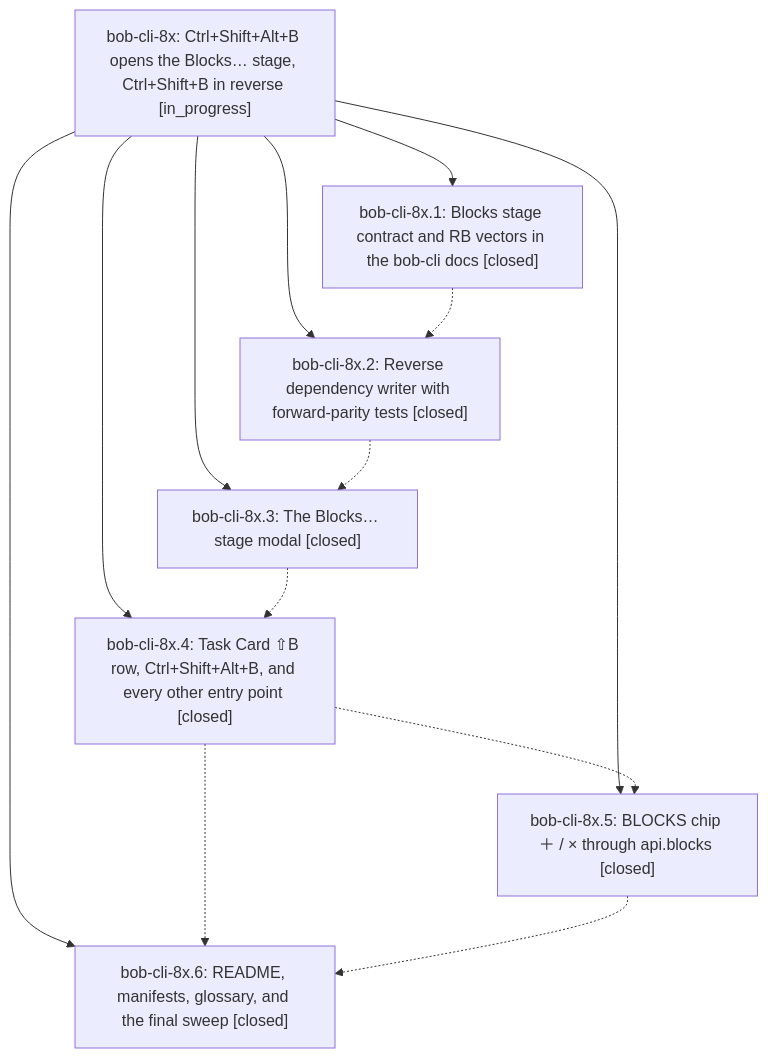
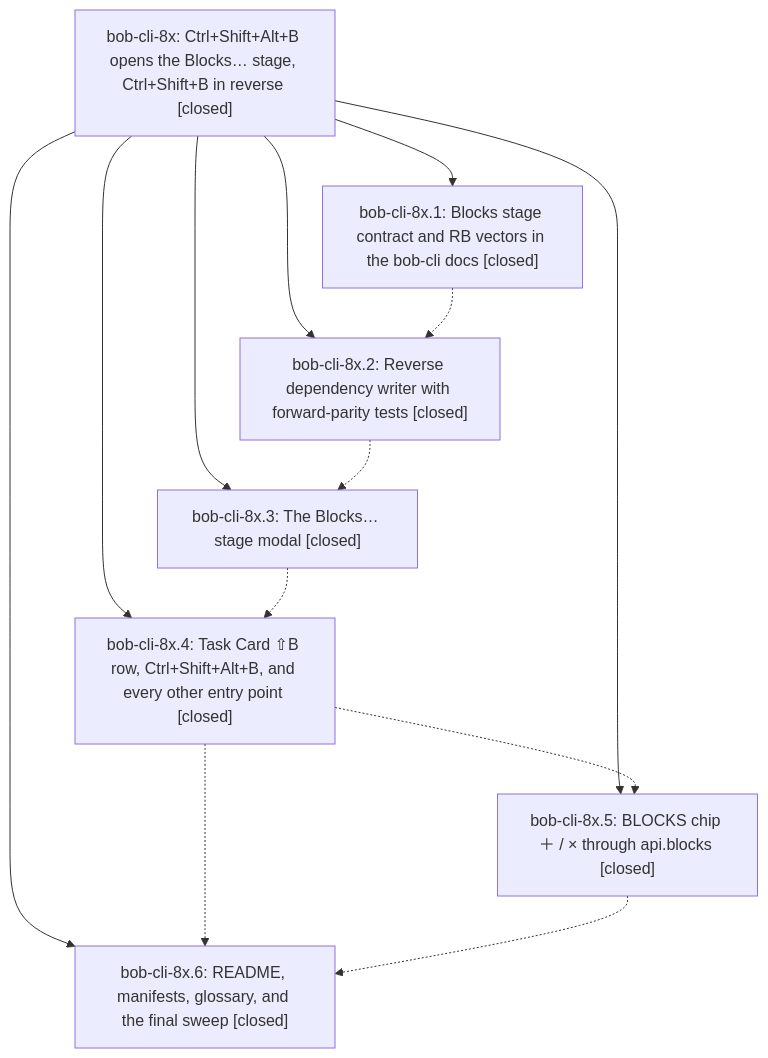
The diagram in pages/bob-cli-8x/README.md (bobs-org/bob-cli--beads), drawn with Mermaid before and after one commit. The commit also changed other lines of this file and 1 other file, not shown here.

First line of the commit message:
chore(beads): sync bead state and pages for bob-cli-8x

````diff
--- a/pages/bob-cli-8x/README.md
+++ b/pages/bob-cli-8x/README.md
@@ -39,22 +67,22 @@
 ```mermaid
 flowchart TD
-    n0["bob-cli-8x: Ctrl+Shift+Alt+B opens the Blocks… stage, Ctrl+Shift+B in reverse [in_progress]"]
+    n0["bob-cli-8x: Ctrl+Shift+Alt+B opens the Blocks… stage, Ctrl+Shift+B in reverse [closed]"]
     n1["bob-cli-8x.1: Blocks stage contract and RB vectors in the bob-cli docs [closed]"]
     n2["bob-cli-8x.2: Reverse dependency writer with forward-parity tests [closed]"]
     n3["bob-cli-8x.3: The Blocks… stage modal [closed]"]
     n4["bob-cli-8x.4: Task Card ⇧B row, Ctrl+Shift+Alt+B, and every other entry point [closed]"]
     n5["bob-cli-8x.5: BLOCKS chip ＋ / × through api.blocks [closed]"]
     n6["bob-cli-8x.6: README, manifests, glossary, and the final sweep [closed]"]
     n0 --> n1
     n0 --> n2
     n0 --> n3
     n0 --> n4
     n0 --> n5
     n0 --> n6
     n1 -.-> n2
     n2 -.-> n3
     n3 -.-> n4
     n4 -.-> n5
     n4 -.-> n6
     n5 -.-> n6
 ```
````
